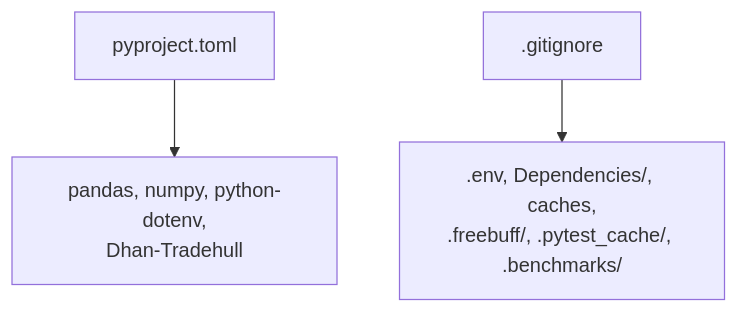
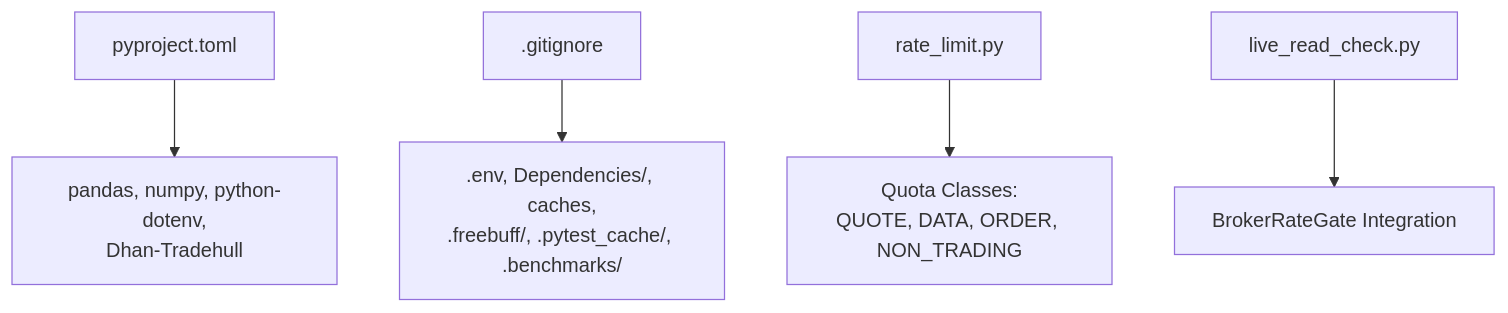
Diagram 13 of 13 in .qoder/repowiki/en/content/Examples & Tutorials/Production Deployment Examples/Production Deployment Examples.md (Ganesh-Kusundal/nTrade), drawn with Mermaid before and after one commit. The commit also changed other lines of this file and 203 other files, not shown here.

First line of the commit message:
review findings sweep: depth retry, LTP failure guard, stale-refresh fix, rate-gate blocked heuristic

````diff
--- a/.qoder/repowiki/en/content/Examples & Tutorials/Production Deployment Examples/Production Deployment Examples.md
+++ b/.qoder/repowiki/en/content/Examples & Tutorials/Production Deployment Examples/Production Deployment Examples.md
@@ -316,5 +451,7 @@
 ```mermaid
 graph TB
 Pkg["pyproject.toml"] --> Deps["pandas, numpy, python-dotenv,<br/>Dhan-Tradehull"]
 Git[".gitignore"] --> Secrets[".env, Dependencies/, caches,<br/>.freebuff/, .pytest_cache/, .benchmarks/"]
+RateLimit["rate_limit.py"] --> Quotas["Quota Classes:<br/>QUOTE, DATA, ORDER, NON_TRADING"]
+LiveRead["live_read_check.py"] --> RateGate["BrokerRateGate Integration"]
 ```
````
